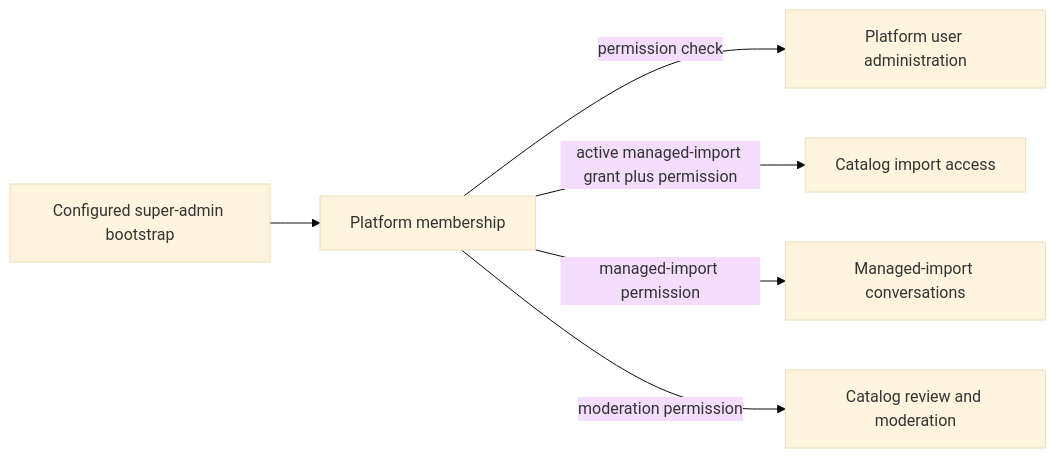
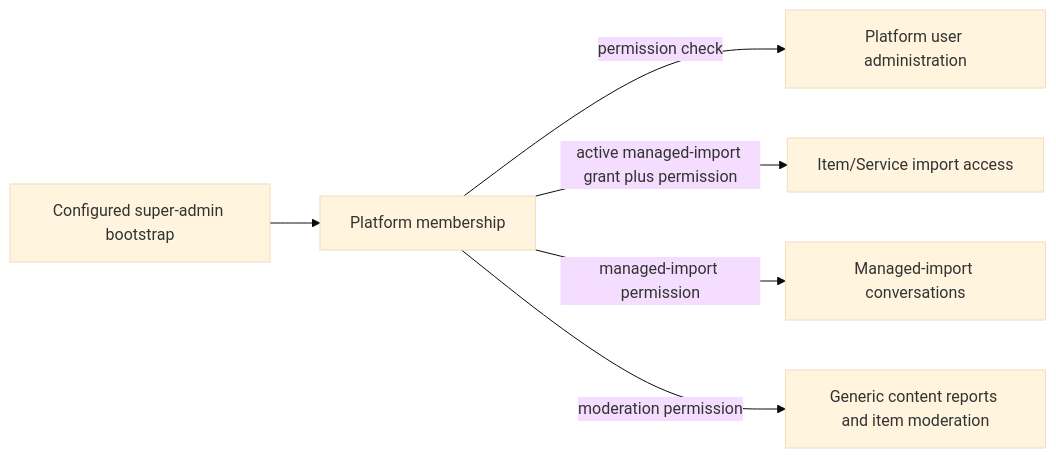
Before and after one commit to Siirio/AskBackend: the diagram in AI_Knowledge/features/platform/flow.md, drawn with Mermaid (base theme). The commit also changed other lines of this file and 397 other files, not shown here.

````diff
--- a/AI_Knowledge/features/platform/flow.md
+++ b/AI_Knowledge/features/platform/flow.md
@@ -3,8 +3,8 @@
 ```mermaid
 flowchart LR
     SA[Configured super-admin bootstrap] --> PM[Platform membership]
     PM -->|permission check| U[Platform user administration]
-    PM -->|active managed-import grant plus permission| CA[Catalog import access]
+    PM -->|active managed-import grant plus permission| CA[Item/Service import access]
     PM -->|managed-import permission| MC[Managed-import conversations]
-    PM -->|moderation permission| CR[Catalog review and moderation]
+    PM -->|moderation permission| CR[Generic content reports and item moderation]
 ```
````
